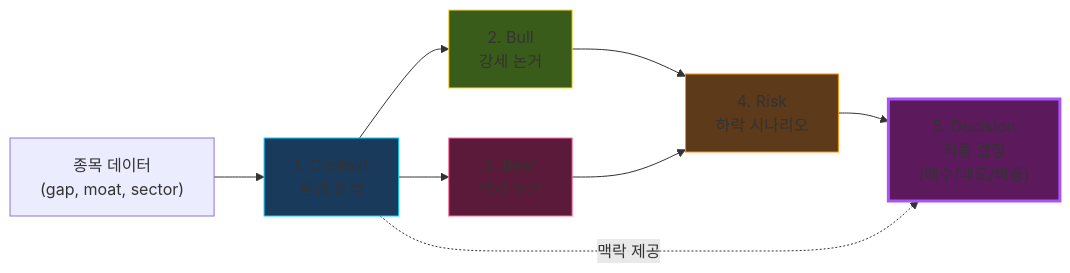
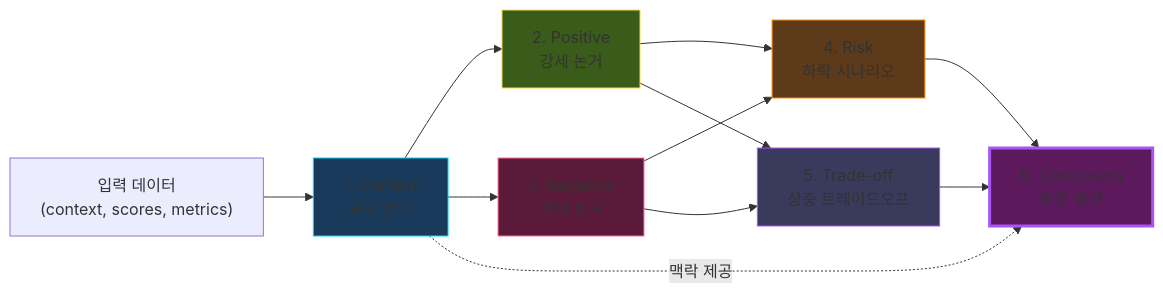
One commit to mybotagent/hermes-architecture-deck changed the diagram in slides/04-langgraph.md. Above: the diagram before and after it, drawn with Mermaid. The commit also changed other lines of this file and 8 other files, not shown here.

First line of the commit message:
fix: mermaid ID 영문화 + 주식 내용 제거 + 카드형 인덱스

````diff
--- a/slides/04-langgraph.md
+++ b/slides/04-langgraph.md
@@ -9,17 +9,21 @@
 ```mermaid
 flowchart LR
-    IN["종목 데이터<br/>(gap, moat, sector)"] --> CTX["1. Context<br/>환경 분석"]
-    CTX --> BULL["2. Bull<br/>강세 논거"]
-    CTX --> BEAR["3. Bear<br/>약세 논거"]
-    BULL --> RISK["4. Risk<br/>하락 시나리오"]
-    BEAR --> RISK
-    RISK --> DEC["5. Decision<br/>최종 결정<br/>(매수/매도/비중)"]
+    input["입력 데이터<br/>(context, scores, metrics)"] --> ctx["1. Context<br/>환경 분석"]
+    ctx --> pos["2. Positive<br/>강세 논거"]
+    ctx --> neg["3. Negative<br/>약세 논거"]
+    pos --> risk["4. Risk<br/>하락 시나리오"]
+    neg --> risk
+    neg --> trade["5. Trade-off<br/>상충 트레이드오프"]
+    pos --> trade
+    risk --> concl["6. Conclusion<br/>최종 결정"]
+    trade --> concl
 
-    CTX -.맥락 제공.-> DEC
+    ctx -.맥락 제공.-> concl
 
-    style CTX fill:#1a3a5c,stroke:#00d4ff
-    style BULL fill:#3a5c1a,stroke:#ffd93d
-    style BEAR fill:#5c1a3a,stroke:#ff6b9d
-    style RISK fill:#5c3a1a,stroke:#ff8c00
-    style DEC fill:#5c1a5c,stroke:#a855f7,stroke-width:3px
+    style ctx fill:#1a3a5c,stroke:#00d4ff
+    style pos fill:#3a5c1a,stroke:#ffd93d
+    style neg fill:#5c1a3a,stroke:#ff6b9d
+    style risk fill:#5c3a1a,stroke:#ff8c00
+    style trade fill:#3a3a5c,stroke:#a855f7
+    style concl fill:#5c1a5c,stroke:#a855f7,stroke-width:3px
 ```
````
